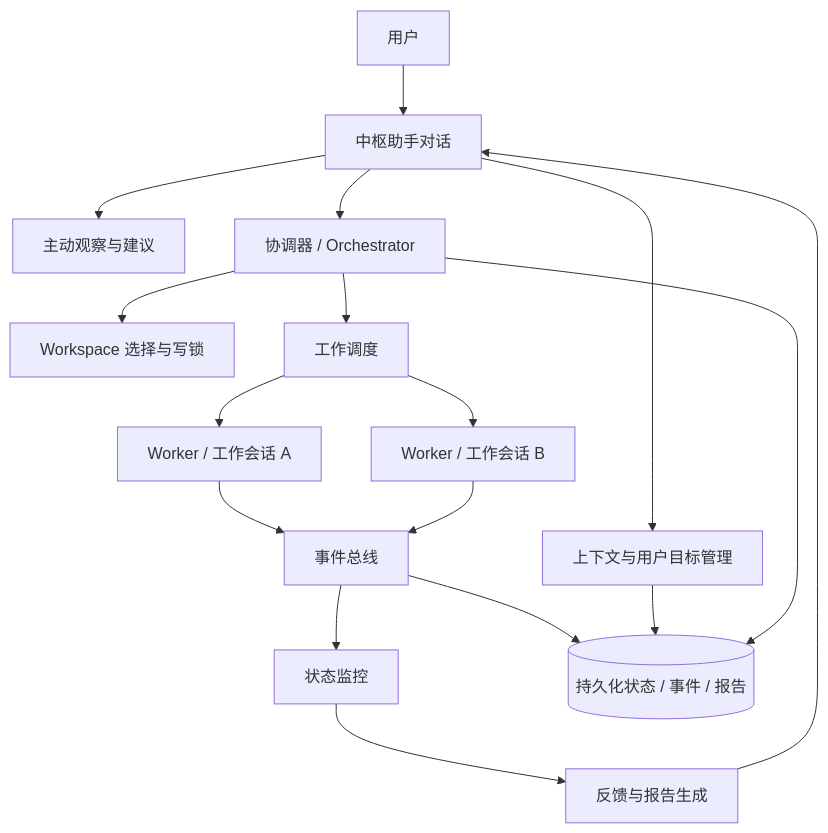
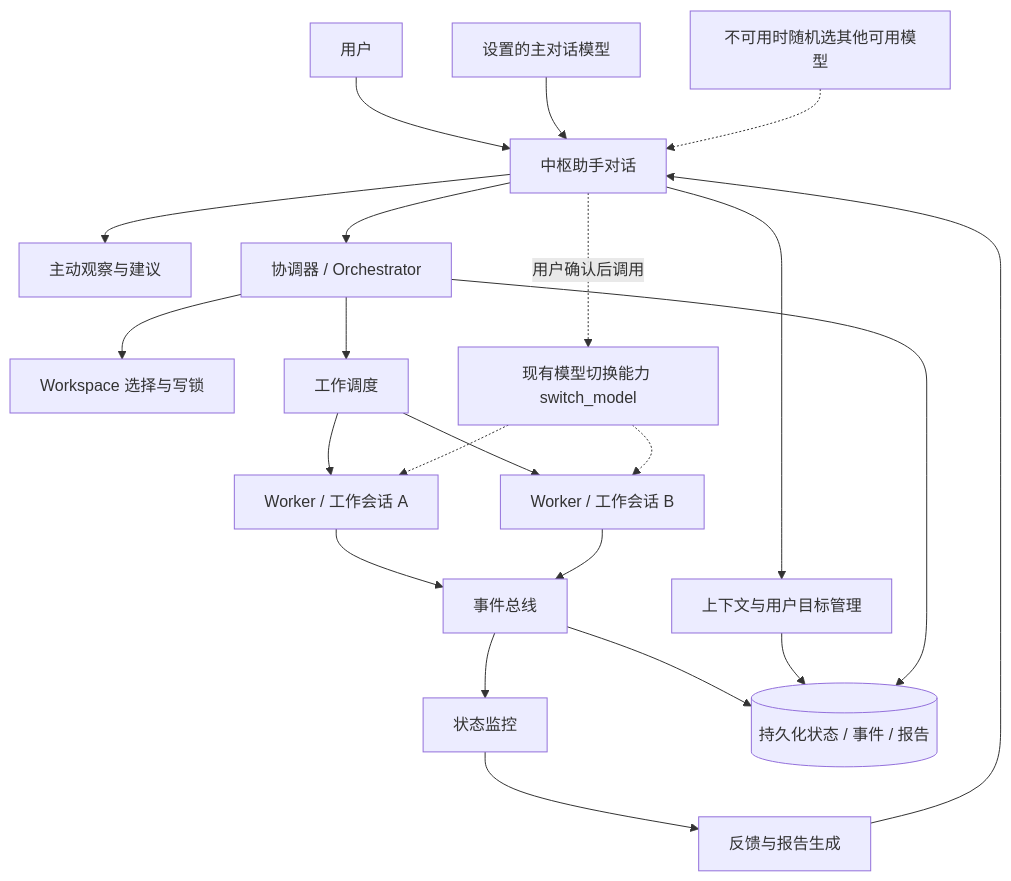
Before and after one commit to silent-rs/Tiangong: the diagram in docs/central-mode-design-draft.md, drawn with Mermaid. The commit also changed other lines of this file, not shown here.

````diff
--- a/docs/central-mode-design-draft.md
+++ b/docs/central-mode-design-draft.md
@@ -712,19 +748,24 @@
 ```mermaid
 flowchart TD
     U[用户] --> J[中枢助手对话]
     J --> CM[上下文与用户目标管理]
     J --> O[主动观察与建议]
     J --> ORCH[协调器 / Orchestrator]
+    CMODEL[设置的主对话模型] --> J
+    FB[不可用时随机选其他可用模型] -.-> J
     ORCH --> WS[Workspace 选择与写锁]
     ORCH --> DISPATCH[工作调度]
     DISPATCH --> W1[Worker / 工作会话 A]
     DISPATCH --> W2[Worker / 工作会话 B]
+    SW[现有模型切换能力 switch_model] -.-> W1
+    SW -.-> W2
+    J -.->|用户确认后调用| SW
     W1 --> BUS[事件总线]
     W2 --> BUS
     BUS --> MON[状态监控]
     MON --> REP[反馈与报告生成]
     REP --> J
     BUS --> STORE[(持久化状态 / 事件 / 报告)]
     CM --> STORE
     ORCH --> STORE
 ```
````
